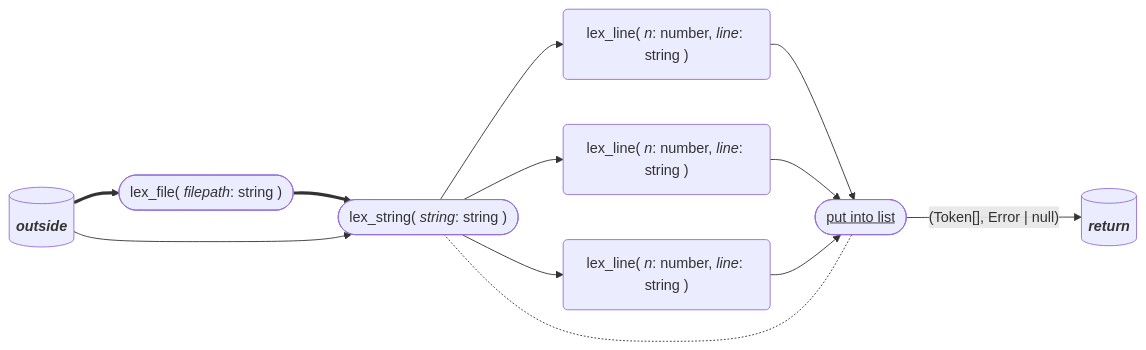
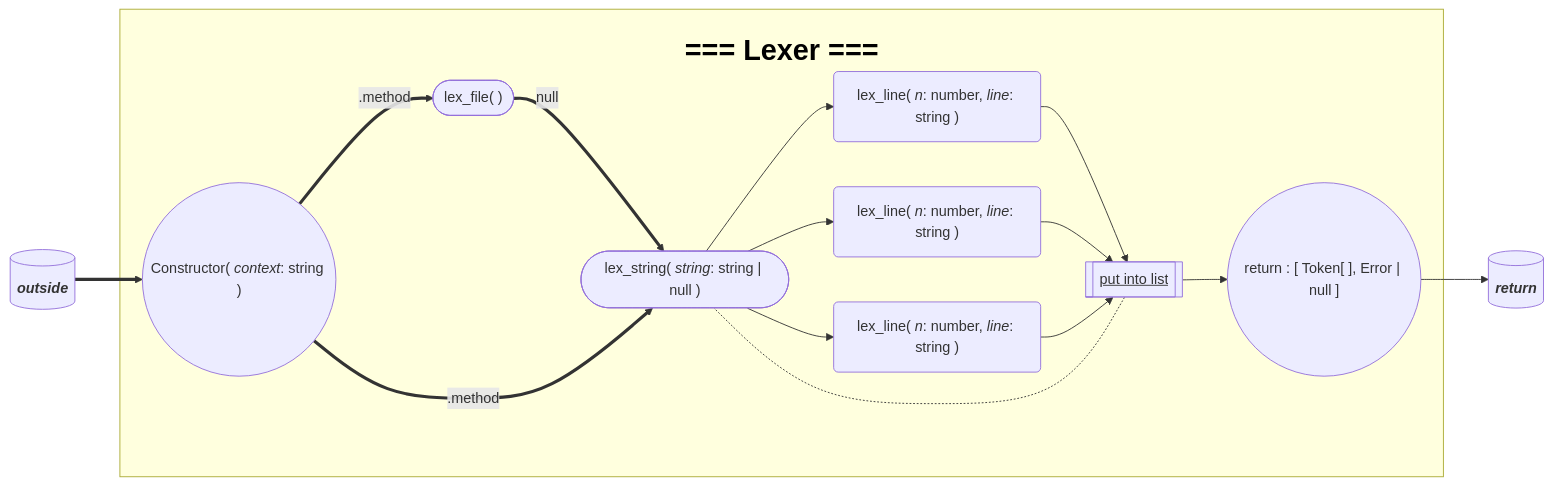
Before and after one commit to Plasma3/Calculator: the diagram in docs/lexer_design.md, drawn with Mermaid. The commit also changed 5 other files, not shown here.

Commit message:
added lexer skeleton fixed export missing in erros.ts updated graph in lexer_design.md added a (projected) gitGraph

````diff
--- a/docs/lexer_design.md
+++ b/docs/lexer_design.md
@@ -7,16 +7,19 @@
 ```mermaid
 graph LR 
 i[(<b><i>outside)]
-a(["lex_file(<i> filepath</i>: string )"])
-b(["lex_string(<i> string</i>: string )"])
+subgraph "<h1 style='color: black'>=== Lexer ==="
+co(("Constructor( <i>context</i>: string )"))
+a(["lex_file( )"])
+b(["lex_string(<i> string</i>: string | null )"])
 c1("lex_line( <i>n</i>: number, <i>line</i>: string )")
 c2("lex_line( <i>n</i>: number, <i>line</i>: string )")
 c3("lex_line( <i>n</i>: number, <i>line</i>: string )")
-b2(["<u>put into list"])-.-b
+b2[["<u>put into list"]]-.-b
+r(("return : [ Token[ ], Error | null ]"))
+end
 o[(<b><i>return)]
-
-i==>a==>b
-i-->b-->c1-->b2
+i==>co==" .method "==>a=="null"==>b
+co==" .method "==>b-->c1-->b2
 b-->c2-->b2
-b-->c3-->b2--"(Token[], Error | null)"-->o
+b-->c3-->b2-->r-->o
 ```
````
